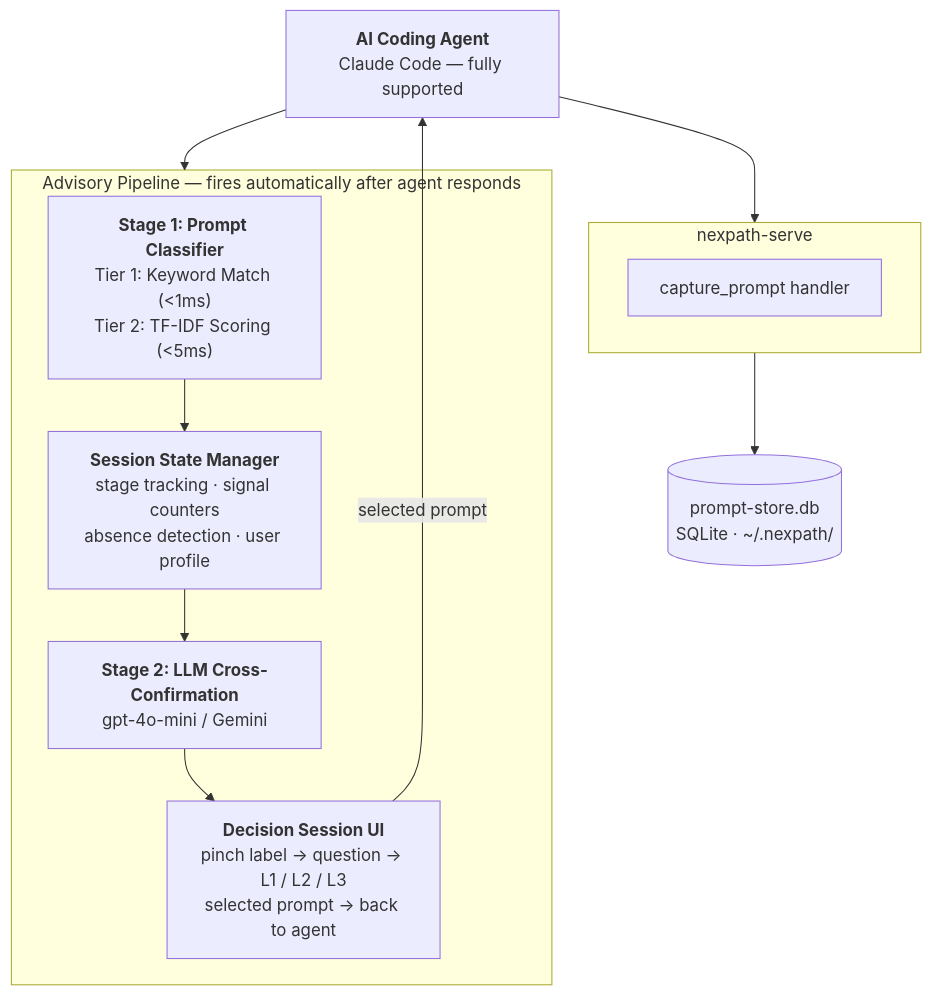
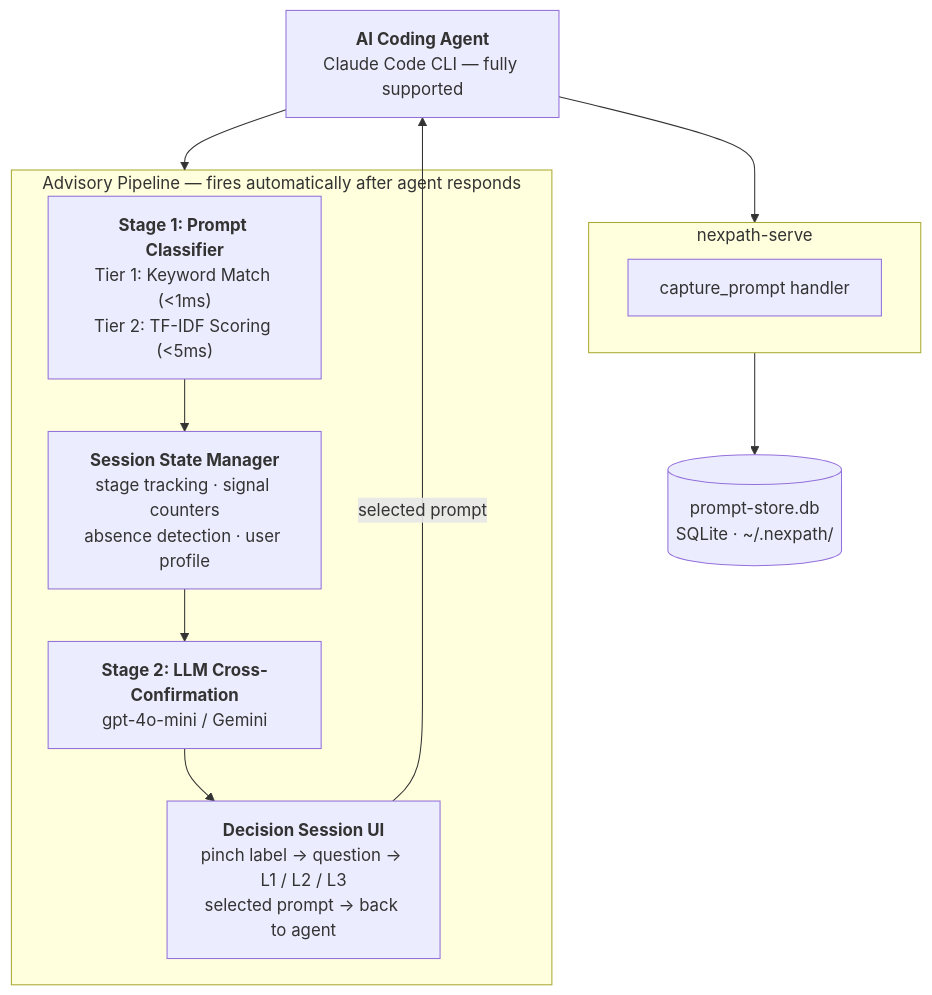
Before and after one commit to hi0001234d/nexpath: the diagram in README.md, drawn with Mermaid. The commit also changed other lines of this file, not shown here.

Commit message:
update readme contain

````diff
--- a/README.md
+++ b/README.md
@@ -29,19 +29,19 @@
 ```mermaid
 flowchart TB
-    Agent["<b>AI Coding Agent</b><br/>Claude Code — fully supported"]
+    Agent["<b>AI Coding Agent</b><br/>Claude Code CLI — fully supported"]
     subgraph NS["nexpath-serve"]
         Capture["capture_prompt handler"]
     end
     DB[("prompt-store.db<br/>SQLite · ~/.nexpath/")]
     subgraph Pipeline["Advisory Pipeline — fires automatically after agent responds"]
         S1["<b>Stage 1: Prompt Classifier</b><br/>Tier 1: Keyword Match (&lt;1ms)<br/>Tier 2: TF-IDF Scoring (&lt;5ms)"]
         SM["<b>Session State Manager</b><br/>stage tracking · signal counters<br/>absence detection · user profile"]
         S2["<b>Stage 2: LLM Cross-Confirmation</b><br/>gpt-4o-mini / Gemini"]
         DS["<b>Decision Session UI</b><br/>pinch label → question → L1 / L2 / L3<br/>selected prompt → back to agent"]
     end
     Agent --> NS
     NS --> DB
     Agent --> Pipeline
     S1 --> SM --> S2 --> DS
     DS -->|"selected prompt"| Agent
 ```
````
